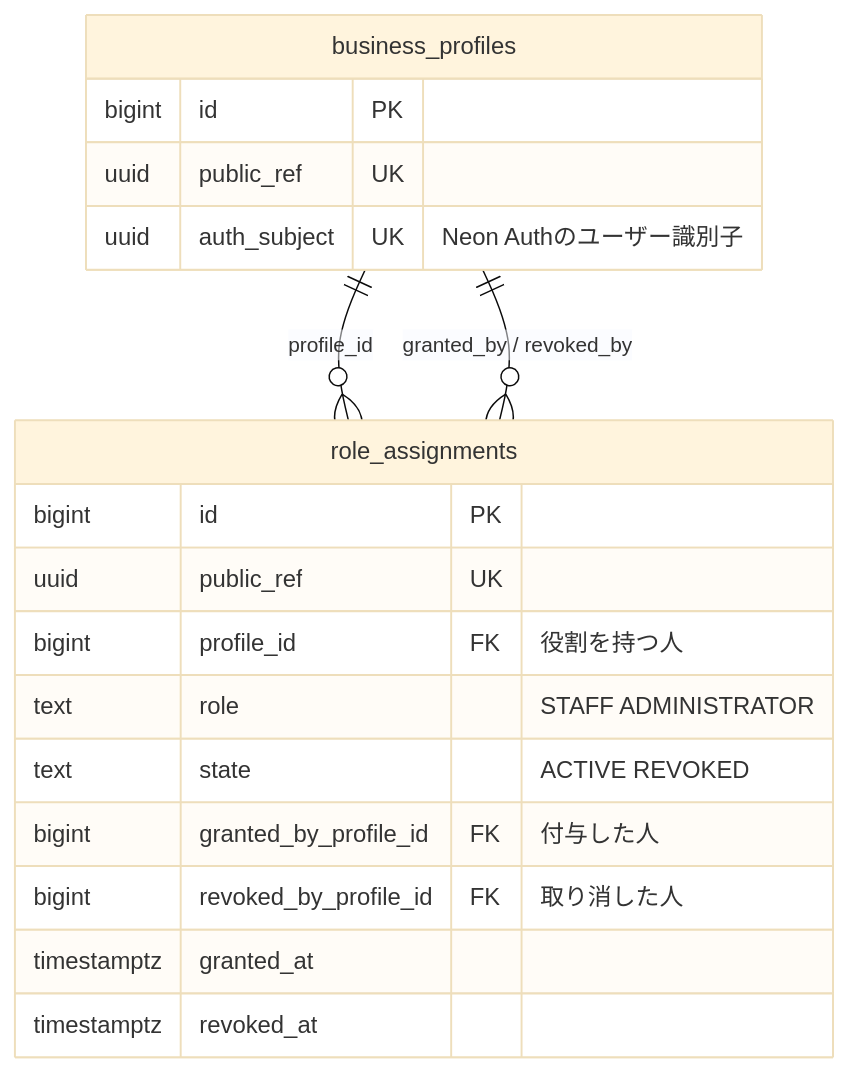
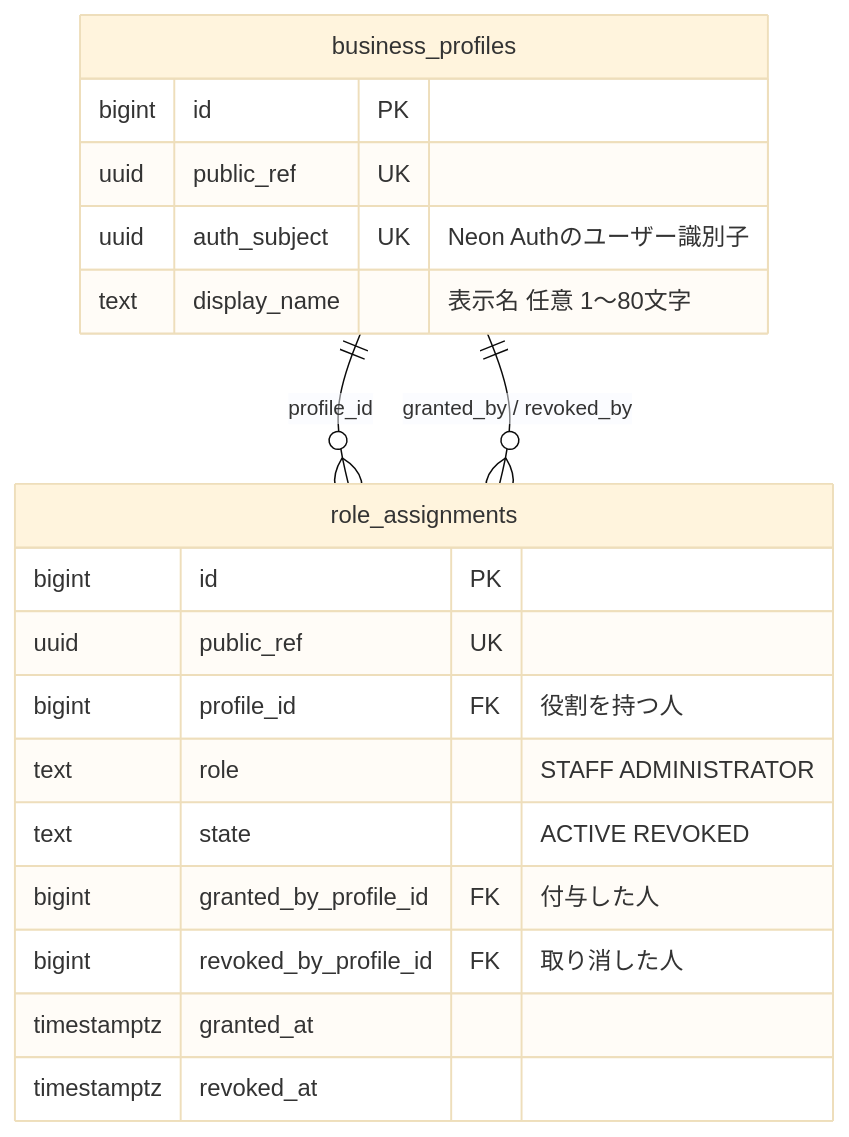
One commit to HayatoFukami/off-r39x changed the fourth of 11 diagrams in docs/drafts/er-diagram.md. Above: the diagram before and after it, drawn with Mermaid (base theme). The commit also changed other lines of this file and 4 other files, not shown here.

````diff
--- a/docs/drafts/er-diagram.md
+++ b/docs/drafts/er-diagram.md
@@ -231,22 +245,23 @@
 ```mermaid
 erDiagram
     business_profiles ||--o{ role_assignments : "profile_id"
     business_profiles ||--o{ role_assignments : "granted_by / revoked_by"
 
     business_profiles {
         bigint id PK
         uuid public_ref UK
         uuid auth_subject UK "Neon Authのユーザー識別子"
+        text display_name "表示名 任意 1〜80文字"
     }
     role_assignments {
         bigint id PK
         uuid public_ref UK
         bigint profile_id FK "役割を持つ人"
         text role "STAFF ADMINISTRATOR"
         text state "ACTIVE REVOKED"
         bigint granted_by_profile_id FK "付与した人"
         bigint revoked_by_profile_id FK "取り消した人"
         timestamptz granted_at
         timestamptz revoked_at
     }
 ```
````
